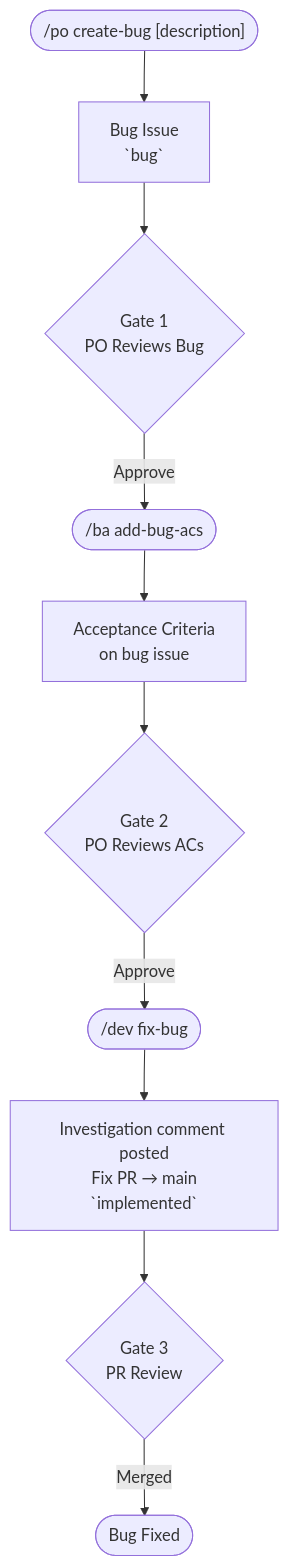
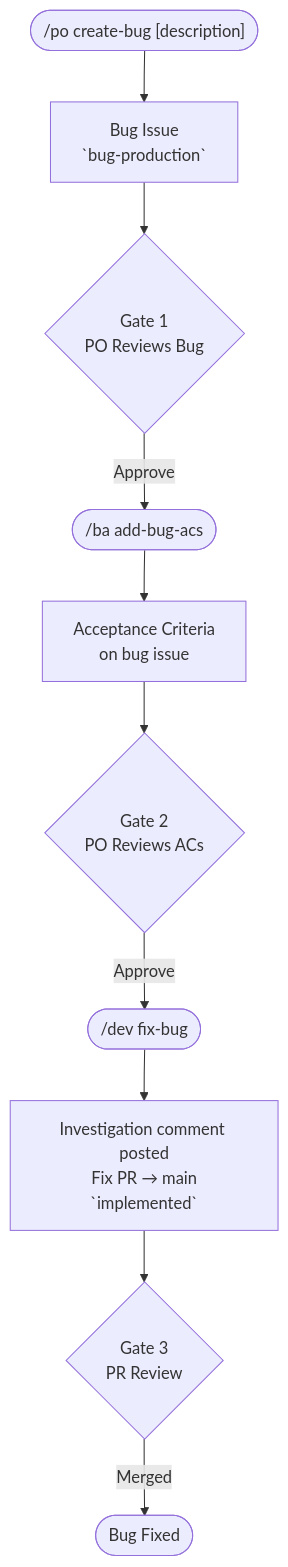
One commit to simpscal/notism changed the second of 4 diagrams in README.md. Above: the diagram before and after it, drawn with Mermaid. The commit also changed other lines of this file and 8 other files, not shown here.

First line of the commit message:
rename bug label to bug-production

````diff
--- a/README.md
+++ b/README.md
@@ -64,12 +64,12 @@
 ```mermaid
 flowchart TD
-    A(["/po create-bug [description]"]) --> B["Bug Issue<br/>`bug`"]
+    A(["/po create-bug [description]"]) --> B["Bug Issue<br/>`bug-production`"]
     B --> G1{Gate 1<br/>PO Reviews Bug}
     G1 -->|Approve| C(["/ba add-bug-acs <issue>"])
     C --> D["Acceptance Criteria<br/>on bug issue"]
     D --> G2{Gate 2<br/>PO Reviews ACs}
     G2 -->|Approve| H(["/dev fix-bug <issue>"])
     H --> I["Investigation comment posted<br/>Fix PR → main<br/>`implemented`"]
     I --> G3{Gate 3<br/>PR Review}
     G3 -->|Merged| J([Bug Fixed])
 ```
````
